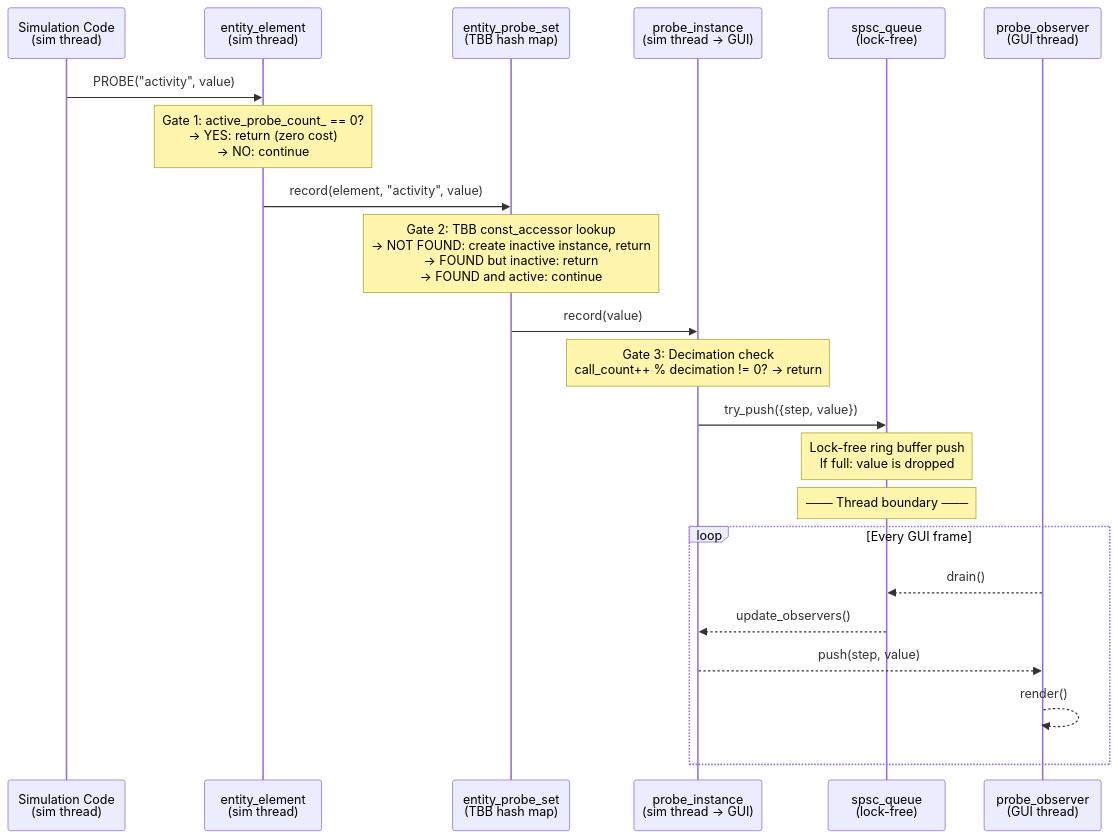
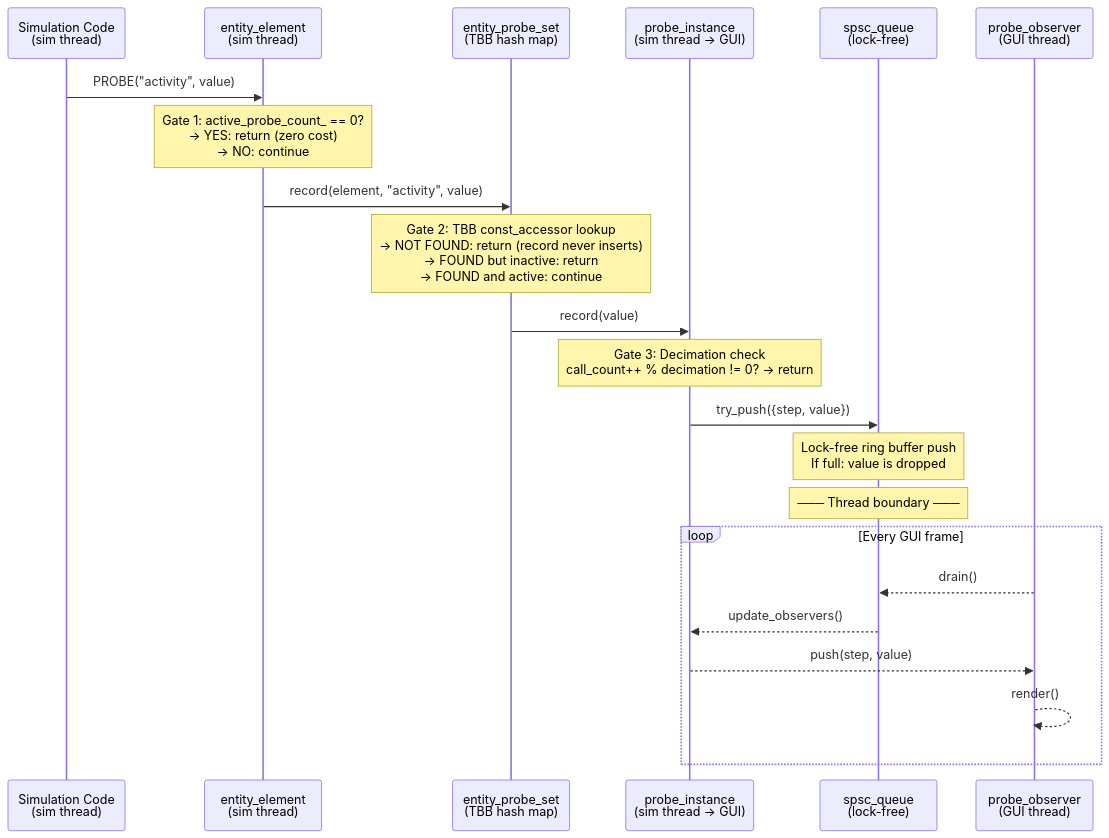
Before and after one commit to policecar/coast: the diagram in docs/content/data-flow/probe-pipeline.md, drawn with Mermaid. The commit also changed other lines of this file and 929 other files, not shown here.

````diff
--- a/docs/content/data-flow/probe-pipeline.md
+++ b/docs/content/data-flow/probe-pipeline.md
@@ -12,30 +12,30 @@
 ```mermaid
 sequenceDiagram
     participant SimCode as Simulation Code<br/>(sim thread)
     participant EE as entity_element<br/>(sim thread)
     participant EPS as entity_probe_set<br/>(TBB hash map)
     participant PI as probe_instance<br/>(sim thread → GUI)
     participant SPSC as spsc_queue<br/>(lock-free)
     participant Obs as probe_observer<br/>(GUI thread)
 
     SimCode->>EE: PROBE("activity", value)
     Note over EE: Gate 1: active_probe_count_ == 0?<br/>→ YES: return (zero cost)<br/>→ NO: continue
 
     EE->>EPS: record(element, "activity", value)
-    Note over EPS: Gate 2: TBB const_accessor lookup<br/>→ NOT FOUND: create inactive instance, return<br/>→ FOUND but inactive: return<br/>→ FOUND and active: continue
+    Note over EPS: Gate 2: TBB const_accessor lookup<br/>→ NOT FOUND: return (record never inserts)<br/>→ FOUND but inactive: return<br/>→ FOUND and active: continue
 
     EPS->>PI: record(value)
     Note over PI: Gate 3: Decimation check<br/>call_count++ % decimation != 0? → return
 
     PI->>SPSC: try_push({step, value})
     Note over SPSC: Lock-free ring buffer push<br/>If full: value is dropped
 
     Note over SPSC: ─── Thread boundary ───
 
     loop Every GUI frame
         Obs-->>SPSC: drain()
         SPSC-->>PI: update_observers()
         PI-->>Obs: push(step, value)
         Obs-->>Obs: render()
     end
 ```
````
